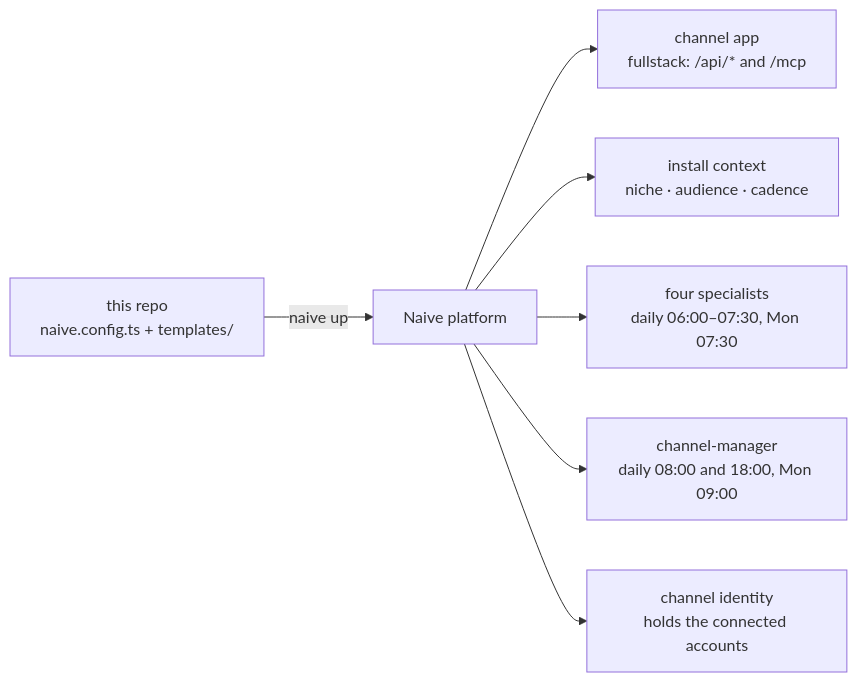
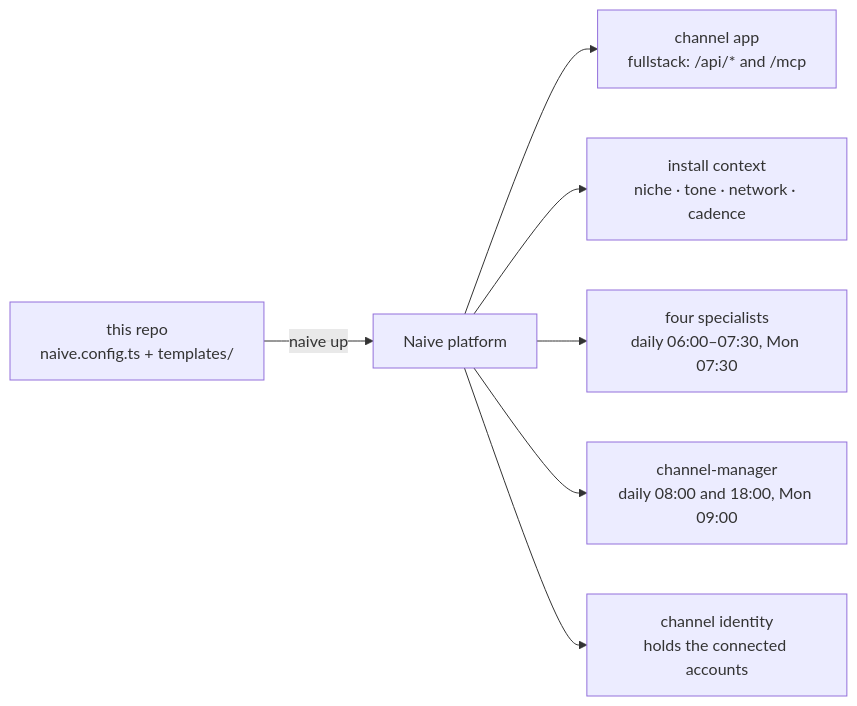
Before and after one commit to usenaive/media-blueprint: the diagram in README.md, drawn with Mermaid. The commit also changed other lines of this file and 11 other files, not shown here.

````diff
--- a/README.md
+++ b/README.md
@@ -38,10 +38,10 @@
 ```mermaid
 flowchart LR
   repo["this repo<br/>naive.config.ts + templates/"]
   repo -->|naive up| plat["Naive platform"]
   plat --> app["channel app<br/>fullstack: /api/* and /mcp"]
-  plat --> ctx["install context<br/>niche · audience · cadence"]
+  plat --> ctx["install context<br/>niche · tone · network · cadence"]
   plat --> spec["four specialists<br/>daily 06:00–07:30, Mon 07:30"]
   plat --> mgr["channel-manager<br/>daily 08:00 and 18:00, Mon 09:00"]
   plat --> idn["channel identity<br/>holds the connected accounts"]
 ```
````
